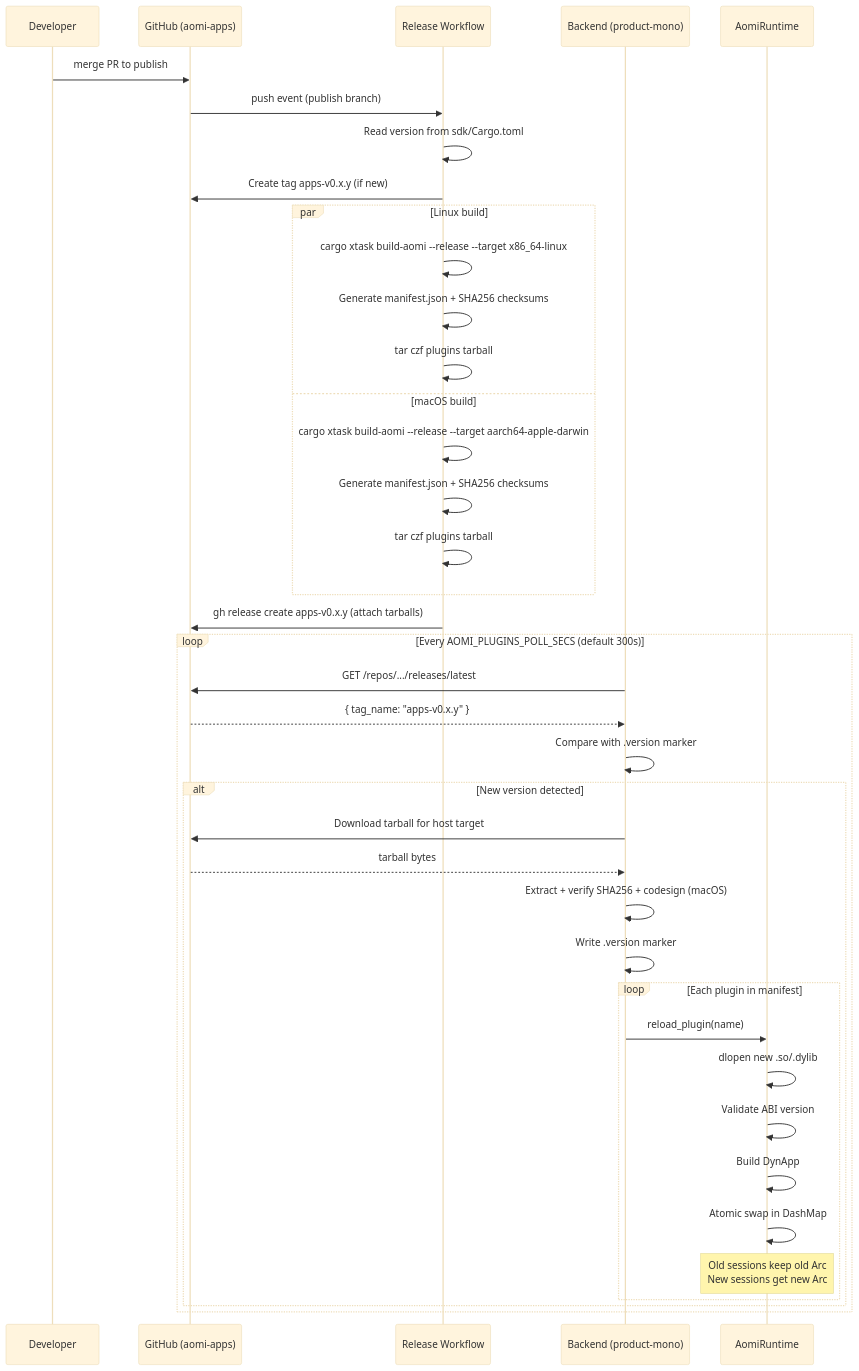
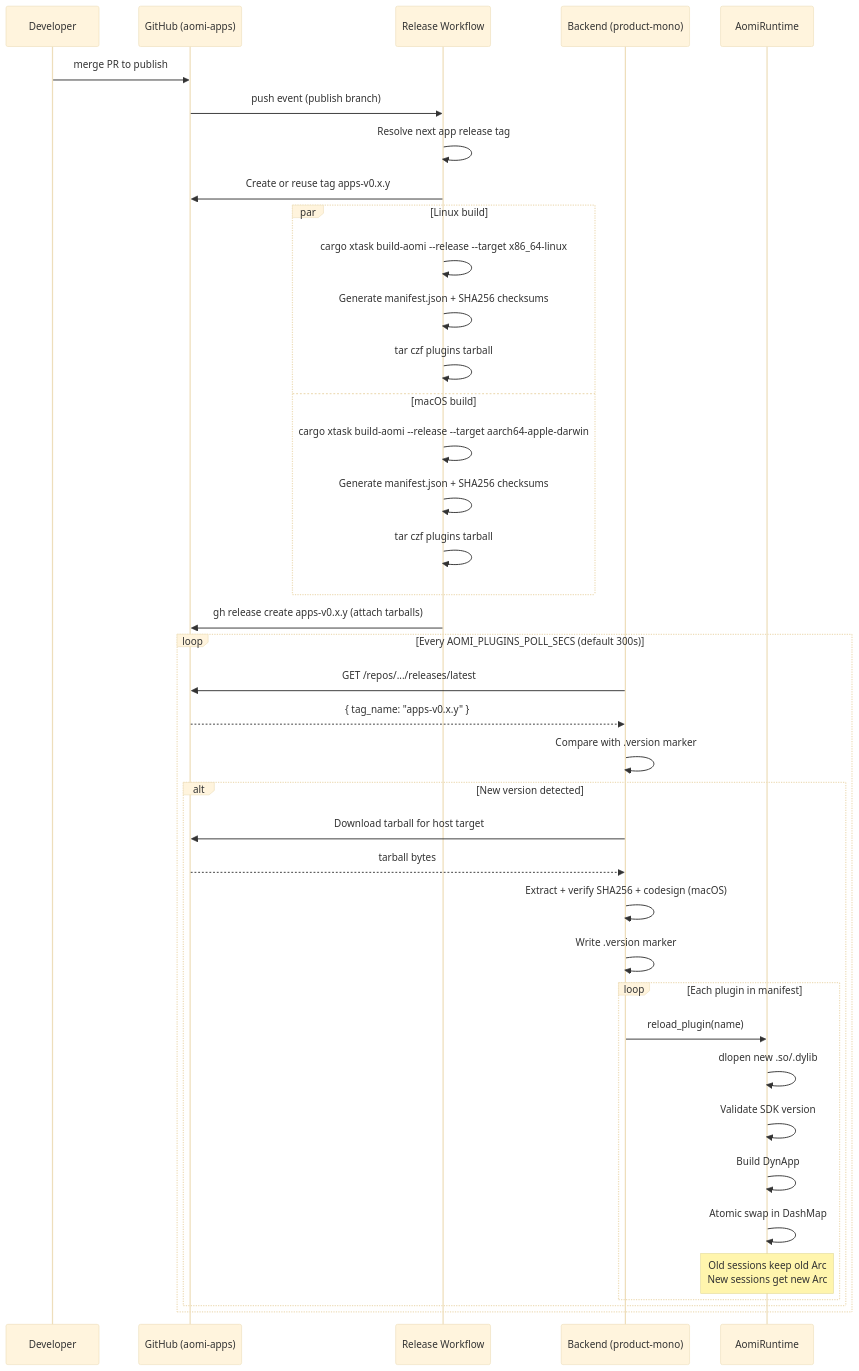
One commit to aomi-labs/aomi-sdk changed the second of 2 diagrams in README.md. Above: the diagram before and after it, drawn with Mermaid (base theme). The commit also changed other lines of this file and 10 other files, not shown here.

Commit message:
Replace ABI gate with SDK version matching

````diff
--- a/README.md
+++ b/README.md
@@ -128,48 +128,48 @@
 ```mermaid
 sequenceDiagram
     participant DEV as Developer
     participant GH as GitHub (aomi-apps)
     participant CI as Release Workflow
     participant BE as Backend (product-mono)
     participant RT as AomiRuntime
 
     DEV->>GH: merge PR to publish
     GH->>CI: push event (publish branch)
 
-    CI->>CI: Read version from sdk/Cargo.toml
-    CI->>GH: Create tag apps-v0.x.y (if new)
+    CI->>CI: Resolve next app release tag
+    CI->>GH: Create or reuse tag apps-v0.x.y
 
     par Linux build
         CI->>CI: cargo xtask build-aomi --release --target x86_64-linux
         CI->>CI: Generate manifest.json + SHA256 checksums
         CI->>CI: tar czf plugins tarball
     and macOS build
         CI->>CI: cargo xtask build-aomi --release --target aarch64-apple-darwin
         CI->>CI: Generate manifest.json + SHA256 checksums
         CI->>CI: tar czf plugins tarball
     end
 
     CI->>GH: gh release create apps-v0.x.y (attach tarballs)
 
     loop Every AOMI_PLUGINS_POLL_SECS (default 300s)
         BE->>GH: GET /repos/.../releases/latest
         GH-->>BE: { tag_name: "apps-v0.x.y" }
         BE->>BE: Compare with .version marker
 
         alt New version detected
             BE->>GH: Download tarball for host target
             GH-->>BE: tarball bytes
             BE->>BE: Extract + verify SHA256 + codesign (macOS)
             BE->>BE: Write .version marker
 
             loop Each plugin in manifest
                 BE->>RT: reload_plugin(name)
                 RT->>RT: dlopen new .so/.dylib
-                RT->>RT: Validate ABI version
+                RT->>RT: Validate SDK version
                 RT->>RT: Build DynApp
                 RT->>RT: Atomic swap in DashMap
                 Note over RT: Old sessions keep old Arc<br/>New sessions get new Arc
             end
         end
     end
 ```
````
